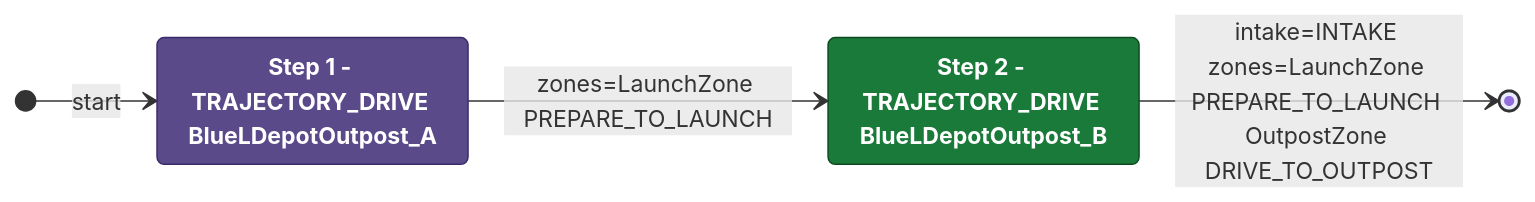
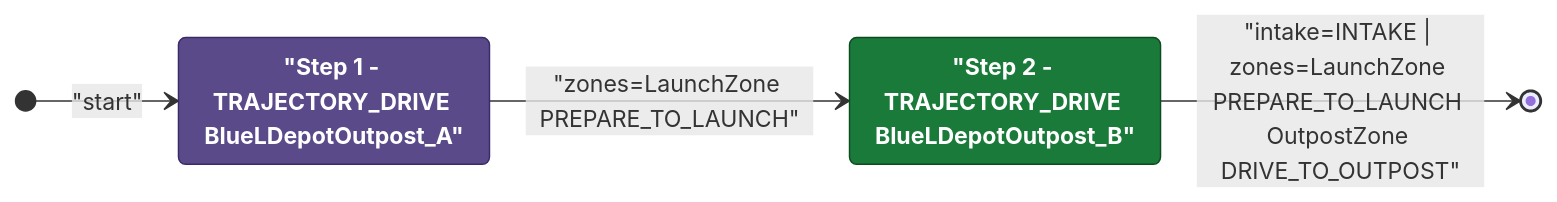
The diagram in documents/auton/RedTDepLaunch0DepOutScoreNCli.md (Team302/2026Rebuilt), drawn with Mermaid before and after one commit. The commit also changed other lines of this file and 242 other files, not shown here.

Commit message:
Regenerated diagrams with fixed red

````diff
--- a/documents/auton/RedTDepLaunch0DepOutScoreNCli.md
+++ b/documents/auton/RedTDepLaunch0DepOutScoreNCli.md
@@ -8,18 +8,18 @@
 ```mermaid
 stateDiagram-v2
     direction LR
 
     %% Green = intake active, Purple = intake off
     classDef intake  fill:#1a7a3a,color:#ffffff,stroke:#0d4a1f,font-weight:bold
     classDef noIntake fill:#5a4a8a,color:#ffffff,stroke:#3a2a6a,font-weight:bold
 
-    Step1 : Step 1 - TRAJECTORY_DRIVE BlueLDepotOutpost_A
-    Step2 : Step 2 - TRAJECTORY_DRIVE BlueLDepotOutpost_B
+    Step1 : "Step 1 - TRAJECTORY_DRIVE BlueLDepotOutpost_A"
+    Step2 : "Step 2 - TRAJECTORY_DRIVE BlueLDepotOutpost_B"
 
     class Step1 noIntake
     class Step2 intake
 
-    [*] --> Step1 : start
-    Step1 --> Step2: zones=LaunchZone PREPARE_TO_LAUNCH
-    Step2 --> [*]: intake=INTAKE zones=LaunchZone PREPARE_TO_LAUNCH OutpostZone DRIVE_TO_OUTPOST
+    [*] --> Step1 : "start"
+    Step1 --> Step2: "zones=LaunchZone PREPARE_TO_LAUNCH"
+    Step2 --> [*]: "intake=INTAKE | zones=LaunchZone PREPARE_TO_LAUNCH OutpostZone DRIVE_TO_OUTPOST"
 ```
````
